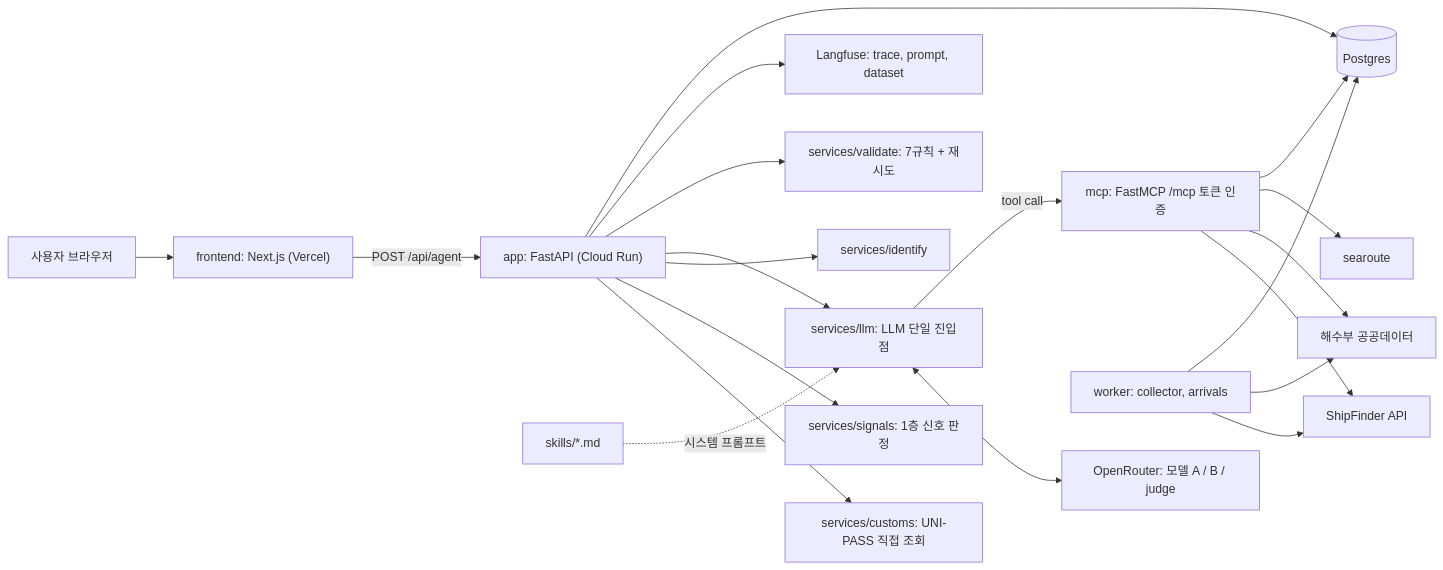
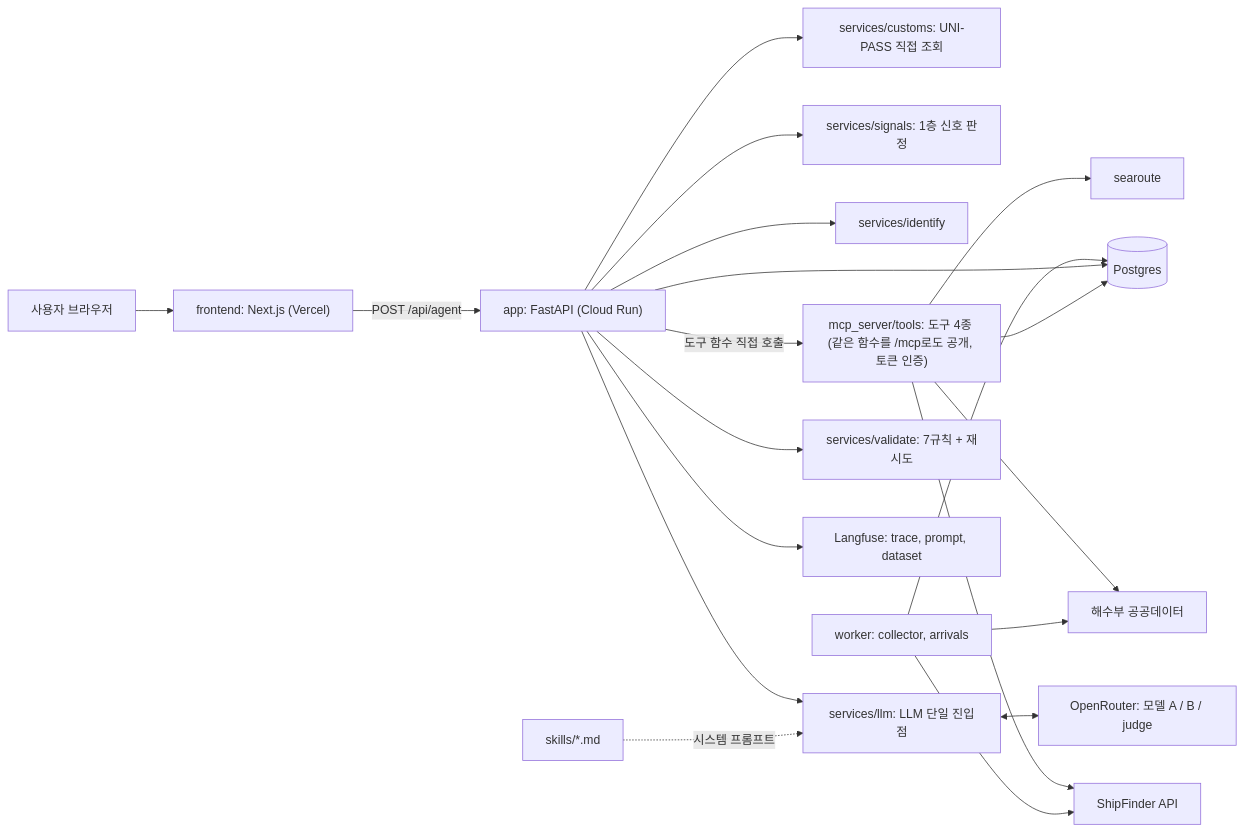
One commit to HJU5022/Marvia changed the first of 3 diagrams in docs/Marvia_SDD.md. Above: the diagram before and after it, drawn with Mermaid. The commit also changed other lines of this file and 8 other files, not shown here.

````diff
--- a/docs/Marvia_SDD.md
+++ b/docs/Marvia_SDD.md
@@ -81,22 +81,22 @@
 ```mermaid
 flowchart LR
   U["사용자 브라우저"] --> W["frontend: Next.js (Vercel)"]
   W -->|"POST /api/agent"| A["app: FastAPI (Cloud Run)"]
   A --> CU["services/customs: UNI-PASS 직접 조회"]
   A --> SG["services/signals: 1층 신호 판정"]
   A --> ID["services/identify"]
   A --> L["services/llm: LLM 단일 진입점"]
   SK["skills/*.md"] -.->|"시스템 프롬프트"| L
   L <--> OR["OpenRouter: 모델 A / B / judge"]
-  L -->|"tool call"| M["mcp: FastMCP /mcp 토큰 인증"]
+  A -->|"도구 함수 직접 호출"| M["mcp_server/tools: 도구 4종 (같은 함수를 /mcp로도 공개, 토큰 인증)"]
   M --> SF["ShipFinder API"]
   M --> MOF["해수부 공공데이터"]
   M --> SR["searoute"]
   A --> V["services/validate: 7규칙 + 재시도"]
   A --> LF["Langfuse: trace, prompt, dataset"]
   WK["worker: collector, arrivals"] --> SF
   WK --> MOF
   WK --> DB[("Postgres")]
   A --> DB
   M --> DB
 ```
````
